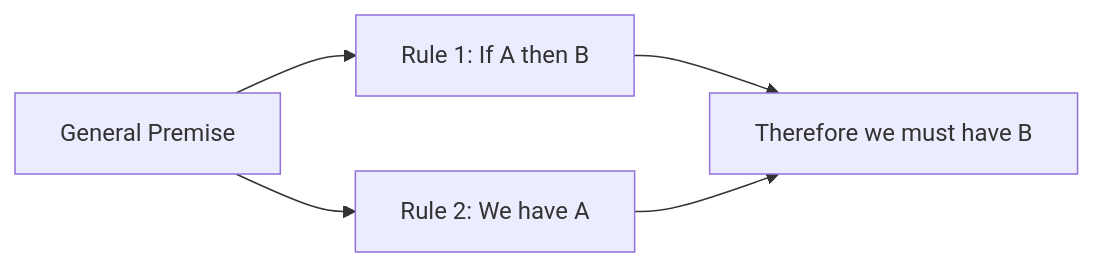
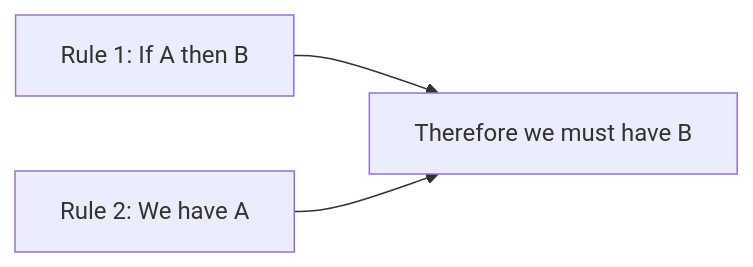
One commit to CodeYourFuture/curriculum changed the diagram in common-content/en/module/logic/deduction/index.md. Above: the diagram before and after it, drawn with Mermaid. The commit also changed other lines of this file and 3 other files, not shown here.

````diff
--- a/common-content/en/module/logic/deduction/index.md
+++ b/common-content/en/module/logic/deduction/index.md
@@ -16,7 +16,7 @@
 ```mermaid
 flowchart LR
-    dp[General Premise] --> d1[Rule 1: If A then B]
-    dp --> d2[Rule 2: We have A]
+    d1[Rule 1: If A then B]
+    d2[Rule 2: We have A]
     d1 --> dc[Therefore we must have B]
     d2 --> dc
 ```
````
